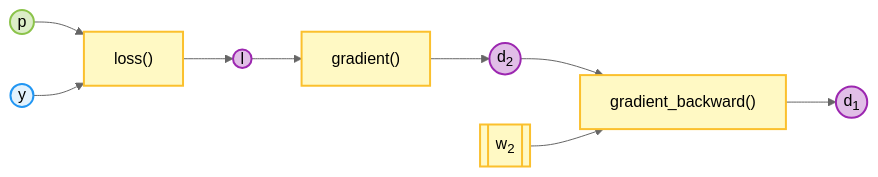
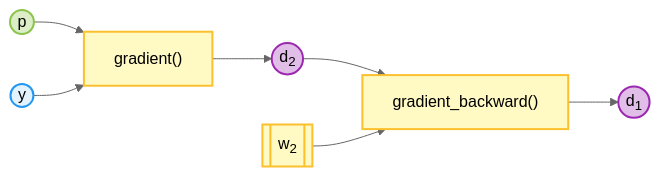
One commit to teenytinynn/from-neuron-to-chat changed the diagram in mermaid-scripts/01-layer-gradient.mmd. Above: the diagram before and after it, drawn with Mermaid (neutral theme). The commit also changed 16 other files, not shown here.

```diff
--- a/mermaid-scripts/01-layer-gradient.mmd
+++ b/mermaid-scripts/01-layer-gradient.mmd
@@ -1,13 +1,12 @@
 flowchart LR
     classDef in fill:#E3F2FD,stroke:#2196F3,stroke-width:2px;
     classDef model fill:#FFF9C4,stroke:#FBC02D,stroke-width:2px;
     classDef data fill:#E1BEE7,stroke:#9C27B0,stroke-width:2px;
     classDef test fill:#F8BBD0,stroke:#E91E63,stroke-width:2px;
     classDef out fill:#DCEDC8,stroke:#8BC34A,stroke-width:2px;
     classDef skip stroke:#B0BEC5,stroke-width:2px,stroke-dasharray: 5 5;
 
-    P((p)):::out --> L["loss()"]:::model --> l((l)):::data
-    l --> G1["gradient()"]:::model --> od((d<sub>2</sub>)):::data
+    P((p)):::out --> G1["gradient()"]:::model --> od((d<sub>2</sub>)):::data
     od --> G2["gradient_backward()"]:::model --> hd((d<sub>1</sub>)):::data
-    Y((y)):::in --> L
+    Y((y)):::in --> G1
     W2[[w<sub>2</sub>]]:::model --> G2
```
